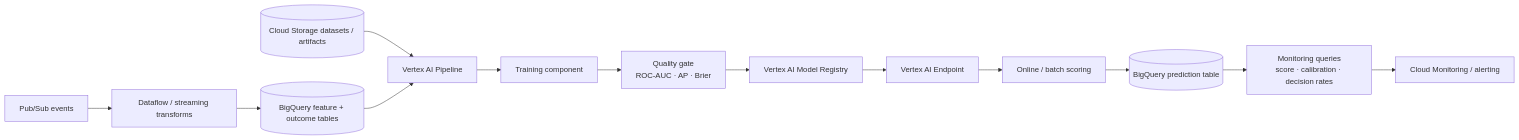
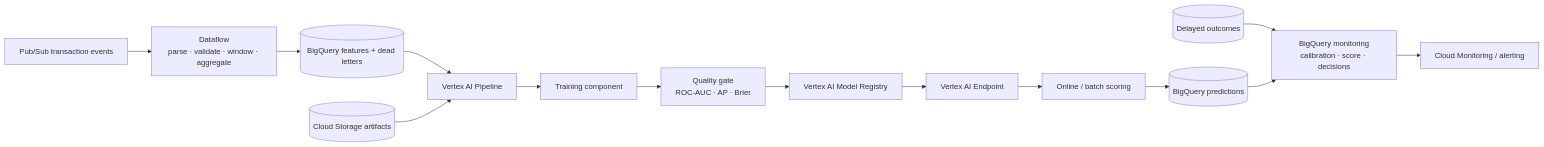
Before and after one commit to cagataykavas/gcp-ml-platform: the diagram in README.md, drawn with Mermaid. The commit also changed other lines of this file, not shown here.

Commit message:
docs: surface streaming dataflow monitoring and ci

````diff
--- a/README.md
+++ b/README.md
@@ -9,15 +9,16 @@
 ```mermaid
 flowchart LR
-    PUB[Pub/Sub events] --> DF[Dataflow / streaming transforms]
-    DF --> BQ[(BigQuery feature + outcome tables)]
-    GCS[(Cloud Storage datasets / artifacts)] --> VPIPE[Vertex AI Pipeline]
-    BQ --> VPIPE
+    PUB[Pub/Sub transaction events] --> DF[Dataflow\nparse · validate · window · aggregate]
+    DF --> BQ[(BigQuery features + dead letters)]
+    BQ --> VPIPE[Vertex AI Pipeline]
+    GCS[(Cloud Storage artifacts)] --> VPIPE
     VPIPE --> TRAIN[Training component]
     TRAIN --> GATE[Quality gate\nROC-AUC · AP · Brier]
     GATE --> REG[Vertex AI Model Registry]
     REG --> ENDPOINT[Vertex AI Endpoint]
     ENDPOINT --> SCORE[Online / batch scoring]
-    SCORE --> BQOUT[(BigQuery prediction table)]
-    BQOUT --> MON[Monitoring queries\nscore · calibration · decision rates]
+    SCORE --> BQOUT[(BigQuery predictions)]
+    LABELS[(Delayed outcomes)] --> MON[BigQuery monitoring\ncalibration · score · decisions]
+    BQOUT --> MON
     MON --> OPS[Cloud Monitoring / alerting]
 ```
````
